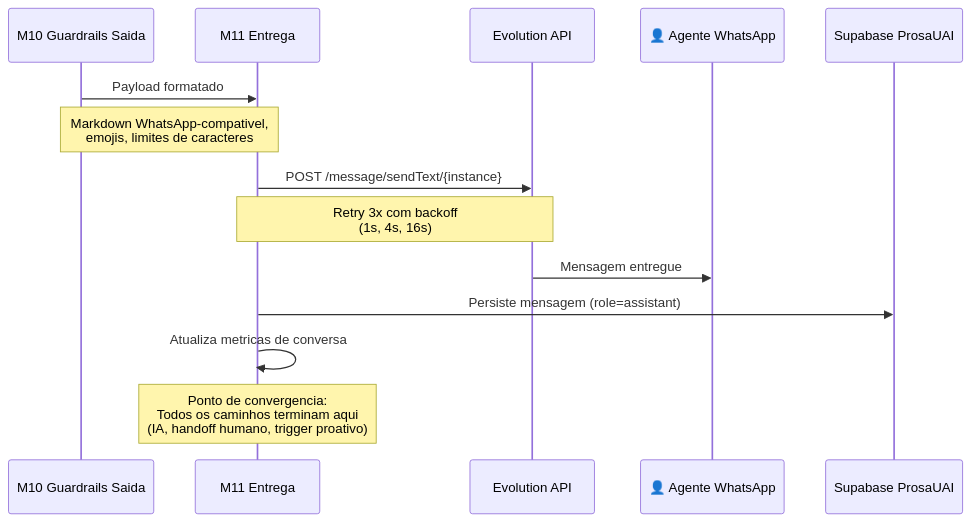
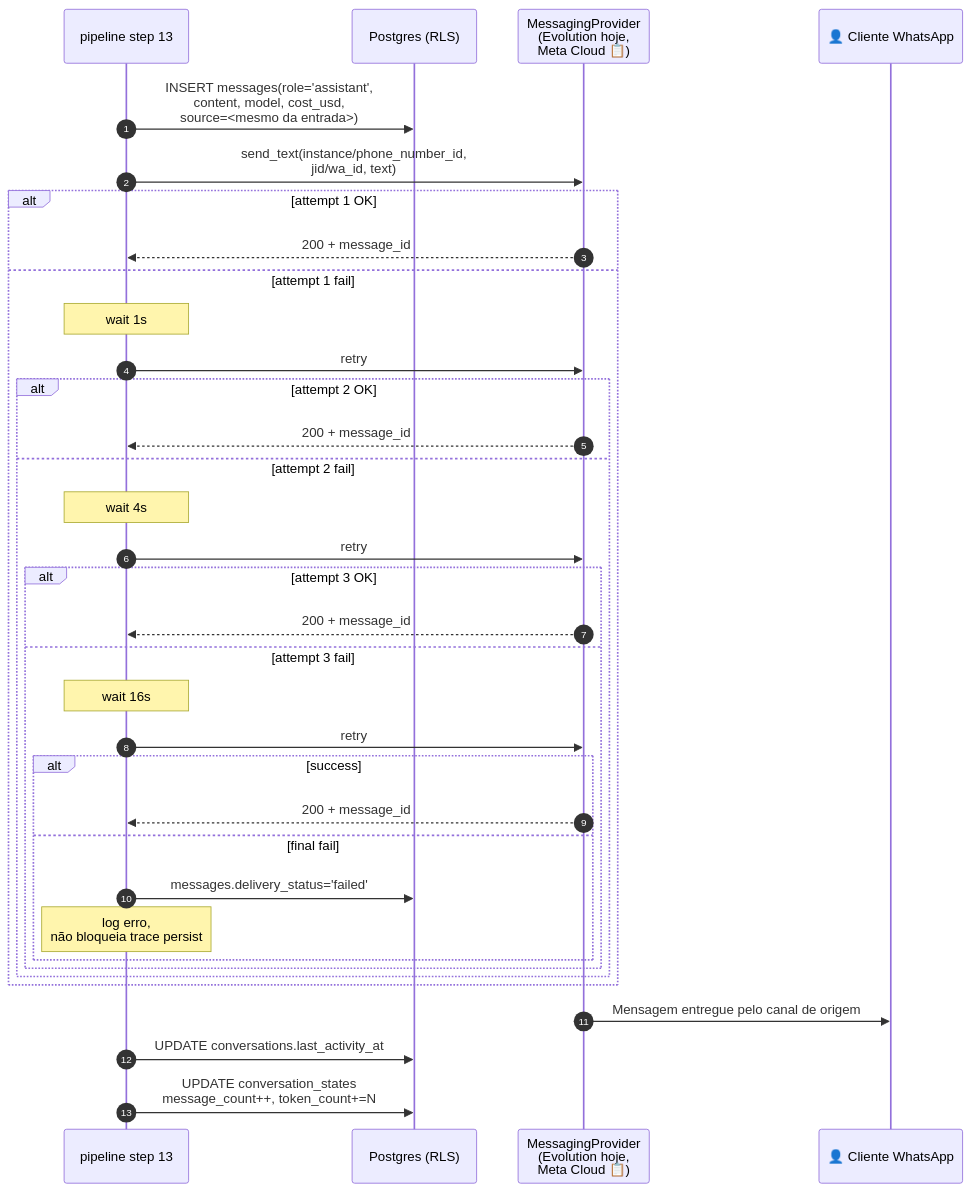
Before and after one commit to paceautomations/madruga.ai: diagram 20 of 33 in platforms/prosauai/business/process.md, drawn with Mermaid. The commit also changed other lines of this file and 1 other file, not shown here.

````diff
--- a/platforms/prosauai/business/process.md
+++ b/platforms/prosauai/business/process.md
@@ -231,20 +1093,38 @@
 ```mermaid
 sequenceDiagram
-    participant M10 as M10 Guardrails Saida
-    participant M11 as M11 Entrega
-    participant EVO as Evolution API
-    participant Agent as 👤 Agente WhatsApp
-    participant DB as Supabase ProsaUAI
+    autonumber
+    participant P as pipeline step 13
+    participant DB as Postgres (RLS)
+    participant MP as MessagingProvider<br/>(Evolution hoje,<br/>Meta Cloud 📋)
+    participant U as 👤 Cliente WhatsApp
 
-    M10->>M11: Payload formatado
-    Note over M10,M11: Markdown WhatsApp-compativel,<br/>emojis, limites de caracteres
-
-    M11->>EVO: POST /message/sendText/{instance}
-    Note over M11,EVO: Retry 3x com backoff<br/>(1s, 4s, 16s)
-    EVO->>Agent: Mensagem entregue
-
-    M11->>DB: Persiste mensagem (role=assistant)
-    M11->>M11: Atualiza metricas de conversa
-
-    Note over M11: Ponto de convergencia:<br/>Todos os caminhos terminam aqui<br/>(IA, handoff humano, trigger proativo)
+    P->>DB: INSERT messages(role='assistant',<br/>content, model, cost_usd,<br/>source=<mesmo da entrada>)
+    P->>MP: send_text(instance/phone_number_id,<br/>jid/wa_id, text)
+    alt attempt 1 OK
+        MP-->>P: 200 + message_id
+    else attempt 1 fail
+        Note over P: wait 1s
+        P->>MP: retry #1
+        alt attempt 2 OK
+            MP-->>P: 200 + message_id
+        else attempt 2 fail
+            Note over P: wait 4s
+            P->>MP: retry #2
+            alt attempt 3 OK
+                MP-->>P: 200 + message_id
+            else attempt 3 fail
+                Note over P: wait 16s
+                P->>MP: retry #3 (último)
+                alt success
+                    MP-->>P: 200 + message_id
+                else final fail
+                    P->>DB: messages.delivery_status='failed'
+                    Note over P: log erro,<br/>não bloqueia trace persist
+                end
+            end
+        end
+    end
+    MP->>U: Mensagem entregue pelo canal de origem
+    P->>DB: UPDATE conversations.last_activity_at
+    P->>DB: UPDATE conversation_states<br/>message_count++, token_count+=N
 ```
````
